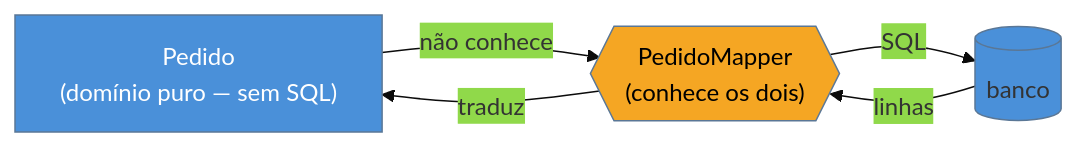
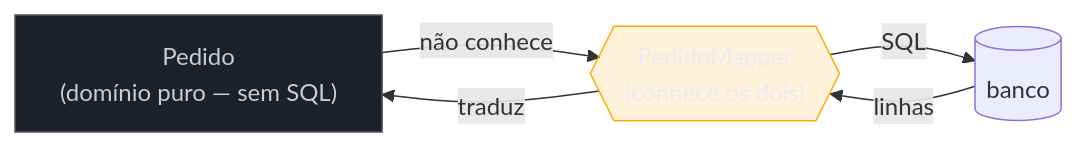
Before and after one commit to josenaldo/codex-technomanticus: the diagram in 03-Dominios/Engenharia/Design de Software/Padrões de Projeto/Acesso a Dados/08 - Data Mapper.md, drawn with Mermaid. The commit also changed 1181 other files, not shown here.

First line of the commit message:
fix(diagramas): paleta do sistema no lugar de cor cravada no markdown

````diff
--- a/03-Dominios/Engenharia/Design de Software/Padrões de Projeto/Acesso a Dados/08 - Data Mapper.md
+++ b/03-Dominios/Engenharia/Design de Software/Padrões de Projeto/Acesso a Dados/08 - Data Mapper.md
@@ -34,11 +34,12 @@
 ```mermaid
-%%{init: {"theme": "base", "themeVariables": {"primaryColor": "#4A90D9"}}}%%
 graph LR
+    classDef neutro fill:#1B2029,stroke:#4E5666,color:#C6CCD8
+    classDef destaque fill:#FFAA0024,stroke:#FFAA00,color:#E9ECF2
     D["Pedido<br/>(domínio puro — sem SQL)"] -->|"não conhece"| M
     M{{"PedidoMapper<br/>(conhece os dois)"}} -->|"traduz"| D
     M -->|"SQL"| DB[("banco")]
     DB -->|"linhas"| M
 
-    style D fill:#4A90D9,color:#fff
-    style M fill:#F5A623,color:#000
+    class D neutro
+    class M destaque
 ```
````
